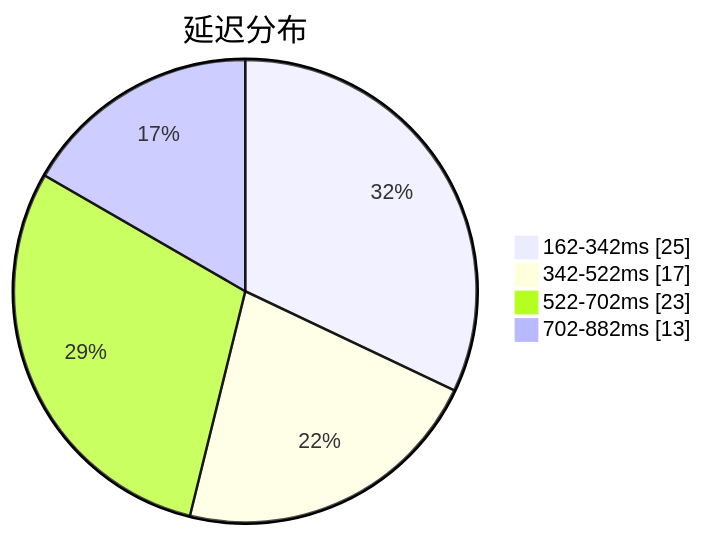
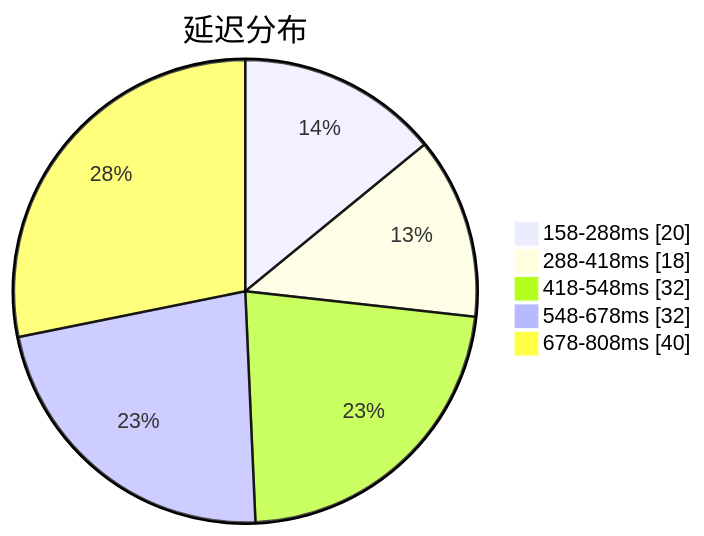
Before and after one commit to qjlxg/airport: the first of 3 diagrams in subs/statistics/tested_within.md, drawn with Mermaid. The commit also changed other lines of this file and 2 other files, not shown here.

````diff
--- a/subs/statistics/tested_within.md
+++ b/subs/statistics/tested_within.md
@@ -2,8 +2,9 @@
 ```mermaid
 pie showData
 title 延迟分布
-"162-342ms" : 25
-"342-522ms" : 17
-"522-702ms" : 23
-"702-882ms" : 13
+"158-288ms" : 20
+"288-418ms" : 18
+"418-548ms" : 32
+"548-678ms" : 32
+"678-808ms" : 40
 ```
````
